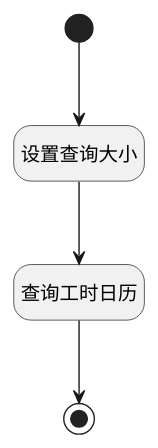
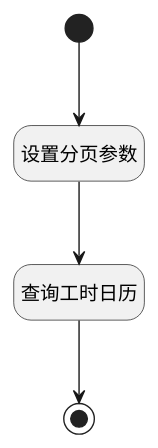
The diagram in doc/docsify/module/Base/workload/logic/member_dimension.md (iBizLab/plm), drawn with PlantUML before and after one commit. The commit also changed other lines of this file and 2688 other files, not shown here.

````diff
--- a/doc/docsify/module/Base/workload/logic/member_dimension.md
+++ b/doc/docsify/module/Base/workload/logic/member_dimension.md
@@ -7,23 +7,23 @@
 ```plantuml
 @startuml
 hide empty description
 <style>
 root {
   HyperlinkColor #42b983
 }
 </style>
 
 hide empty description
 state "开始" as Begin <<start>> [[$./member_dimension#begin {"开始"}]]
-state "设置查询大小" as PREPAREPARAM2  [[$./member_dimension#prepareparam2 {"设置查询大小"}]]
+state "设置分页参数" as PREPAREPARAM2  [[$./member_dimension#prepareparam2 {"设置分页参数"}]]
 state "查询工时日历" as DEDATASET1  [[$./member_dimension#dedataset1 {"查询工时日历"}]]
 state "结束" as END1 <<end>> [[$./member_dimension#end1 {"结束"}]]
 
 
 Begin --> PREPAREPARAM2
 PREPAREPARAM2 --> DEDATASET1
 DEDATASET1 --> END1
 
 
 @enduml
 ```
````
